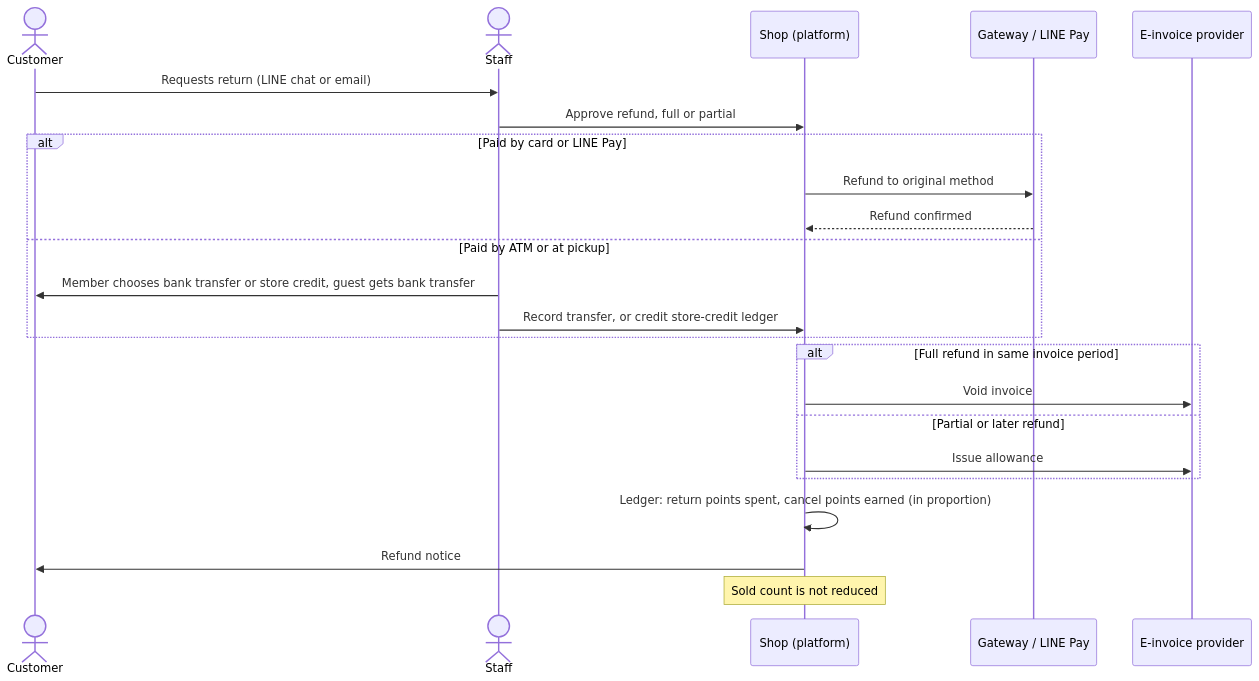
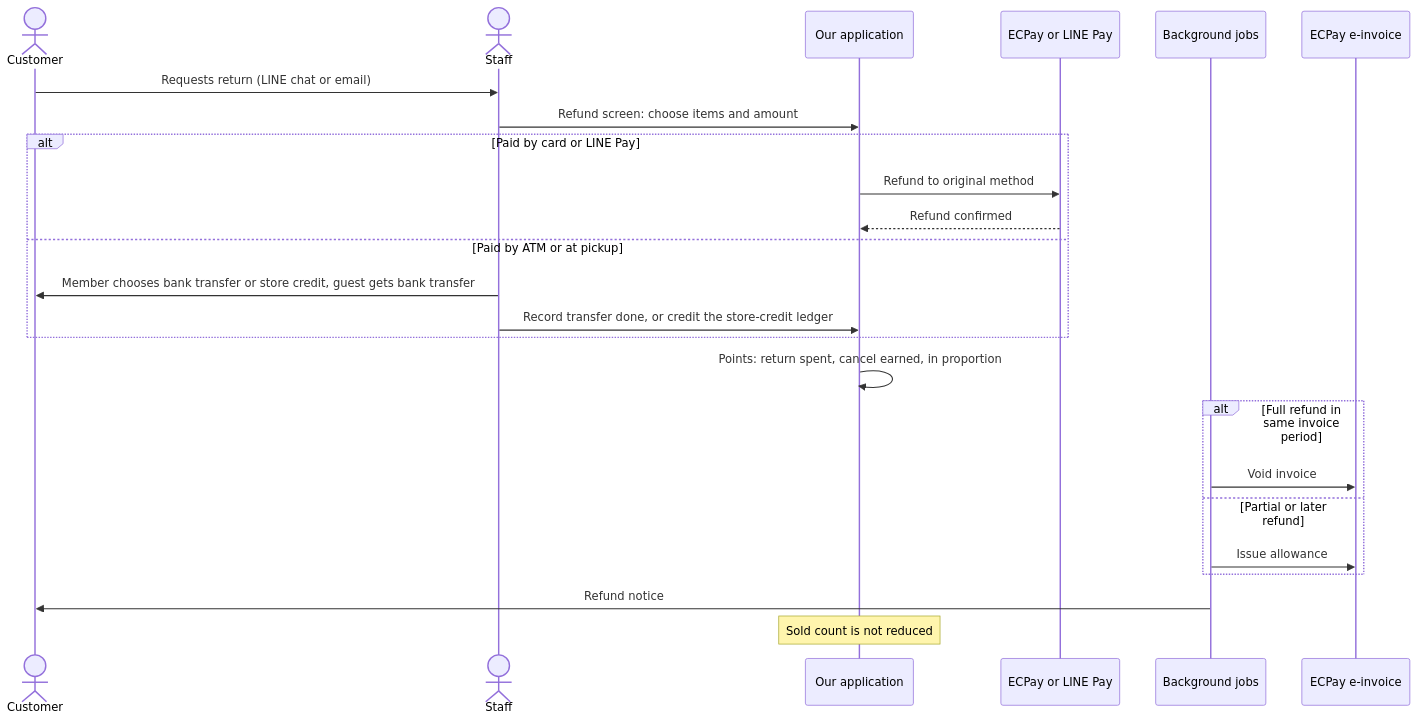
One commit to averyhsu/dr-wellsey-site changed the fifth of 5 diagrams in docs/payment-system-design.md. Above: the diagram before and after it, drawn with Mermaid. The commit also changed other lines of this file, not shown here.

First line of the commit message:
Revise design for a custom-built system instead of a hosted platform

````diff
--- a/docs/payment-system-design.md
+++ b/docs/payment-system-design.md
@@ -302,25 +392,26 @@
 ```mermaid
 sequenceDiagram
     actor C as Customer
     actor St as Staff
-    participant S as Shop (platform)
-    participant P as Gateway / LINE Pay
-    participant I as E-invoice provider
+    participant A as Our application
+    participant P as ECPay or LINE Pay
+    participant J as Background jobs
+    participant I as ECPay e-invoice
     C->>St: Requests return (LINE chat or email)
-    St->>S: Approve refund, full or partial
+    St->>A: Refund screen: choose items and amount
     alt Paid by card or LINE Pay
-        S->>P: Refund to original method
-        P-->>S: Refund confirmed
+        A->>P: Refund to original method
+        P-->>A: Refund confirmed
     else Paid by ATM or at pickup
         St->>C: Member chooses bank transfer or store credit, guest gets bank transfer
-        St->>S: Record transfer, or credit store-credit ledger
+        St->>A: Record transfer done, or credit the store-credit ledger
     end
+    A->>A: Points: return spent, cancel earned, in proportion
     alt Full refund in same invoice period
-        S->>I: Void invoice
+        J->>I: Void invoice
     else Partial or later refund
-        S->>I: Issue allowance
+        J->>I: Issue allowance
     end
-    S->>S: Ledger: return points spent, cancel points earned (in proportion)
-    S->>C: Refund notice
-    Note over S: Sold count is not reduced
+    J->>C: Refund notice
+    Note over A: Sold count is not reduced
 ```
````
